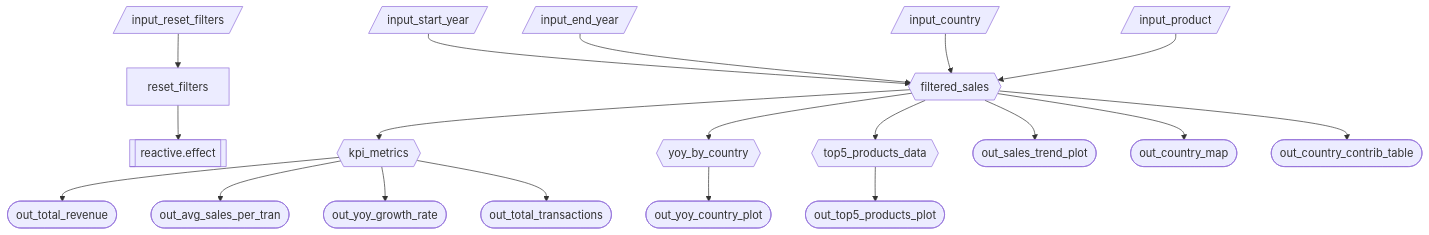
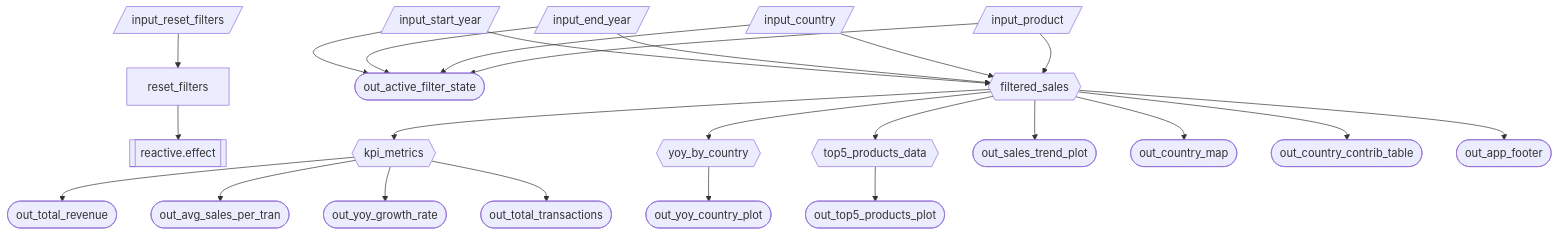
One commit to UBC-MDS/DSCI-532_2026_17_chocosales-analyser changed the diagram in reports/m2_spec.md. Above: the diagram before and after it, drawn with Mermaid. The commit also changed other lines of this file, not shown here.

Commit message:
add out_app_footer and out_active_filter_state to 2.3 and 2.4

````diff
--- a/reports/m2_spec.md
+++ b/reports/m2_spec.md
@@ -44,32 +44,37 @@
 ```mermaid
 flowchart TD
   %% Inputs
   SY[/input_start_year/] --> FS{{filtered_sales}}
   EY[/input_end_year/] --> FS
   C[/input_country/] --> FS
   P[/input_product/] --> FS
+  SY --> AFS([out_active_filter_state])
+  EY --> AFS
+  C --> AFS
+  P --> AFS
 
   %% Optional enhancement: reset
   R[/input_reset_filters/] --> RF[reset_filters]
   RF --> RFT[[reactive.effect]]
 
   %% Reactive calcs derived from filtered_sales
   FS --> KM{{kpi_metrics}}
   FS --> YY{{yoy_by_country}}
   FS --> TP{{top5_products_data}}
 
   %% Outputs consuming filtered_sales directly
   FS --> ST([out_sales_trend_plot])
   FS --> MAP([out_country_map])
   FS --> TBL([out_country_contrib_table])
+  FS --> FTR([out_app_footer])
 
   %% KPI text outputs consuming kpi_metrics
   KM --> TR([out_total_revenue])
   KM --> AV([out_avg_sales_per_tran])
   KM --> GR([out_yoy_growth_rate])
   KM --> TX([out_total_transactions])
 
   %% Outputs consuming yoy/top5 calcs
   YY --> YYPL([out_yoy_country_plot])
   TP --> TPPL([out_top5_products_plot])
 ```
````
